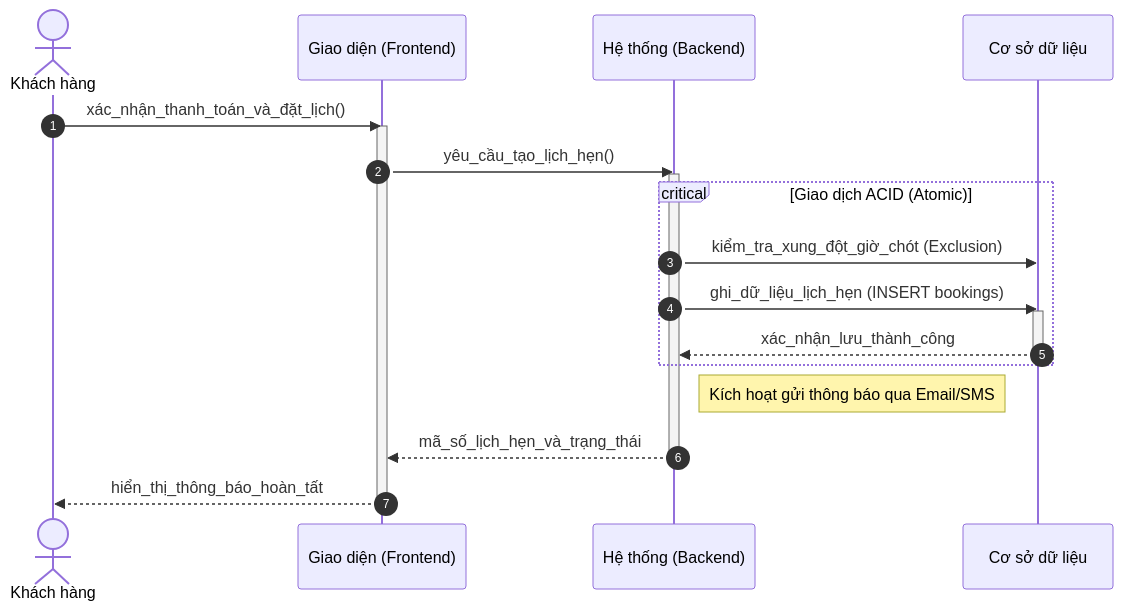
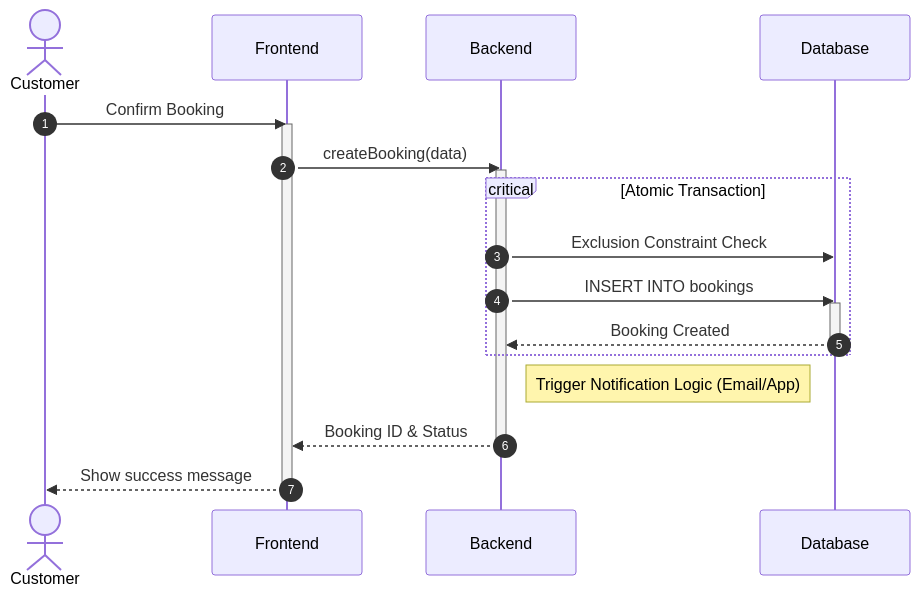
Before and after one commit to ngoctinn/Synapse: the third of 8 diagrams in docs/design/sequences_simplified/customer_flows.md, drawn with Mermaid. The commit also changed other lines of this file and 4 other files, not shown here.

Commit message:
feat: add simplified sequence diagrams for authentication and core user flows.

````diff
--- a/docs/design/sequences_simplified/customer_flows.md
+++ b/docs/design/sequences_simplified/customer_flows.md
@@ -39,28 +63,28 @@
 ```mermaid
 sequenceDiagram
     autonumber
-    actor KH as Khách hàng
-    participant FE as Giao diện (Frontend)
-    participant BE as Hệ thống (Backend)
-    participant DB as Cơ sở dữ liệu
+    actor KH as Customer
+    participant FE as Frontend
+    participant BE as Backend
+    participant DB as Database
 
-    KH->>FE: xác_nhận_thanh_toán_và_đặt_lịch()
+    KH->>FE: Confirm Booking
     activate FE
-    FE->>BE: yêu_cầu_tạo_lịch_hẹn()
+    FE->>BE: createBooking(data)
     activate BE
 
-    critical Giao dịch ACID (Atomic)
-        BE->>DB: kiểm_tra_xung_đột_giờ_chót (Exclusion)
-        BE->>DB: ghi_dữ_liệu_lịch_hẹn (INSERT bookings)
+    critical Atomic Transaction
+        BE->>DB: Exclusion Constraint Check
+        BE->>DB: INSERT INTO bookings
         activate DB
-        DB-->>BE: xác_nhận_lưu_thành_công
+        DB-->>BE: Booking Created
         deactivate DB
     end
 
-    Note right of BE: Kích hoạt gửi thông báo qua Email/SMS
+    Note right of BE: Trigger Notification Logic (Email/App)
 
-    BE-->>FE: mã_số_lịch_hẹn_và_trạng_thái
+    BE-->>FE: Booking ID & Status
     deactivate BE
-    FE-->>KH: hiển_thị_thông_báo_hoàn_tất
+    FE-->>KH: Show success message
     deactivate FE
 ```
````
